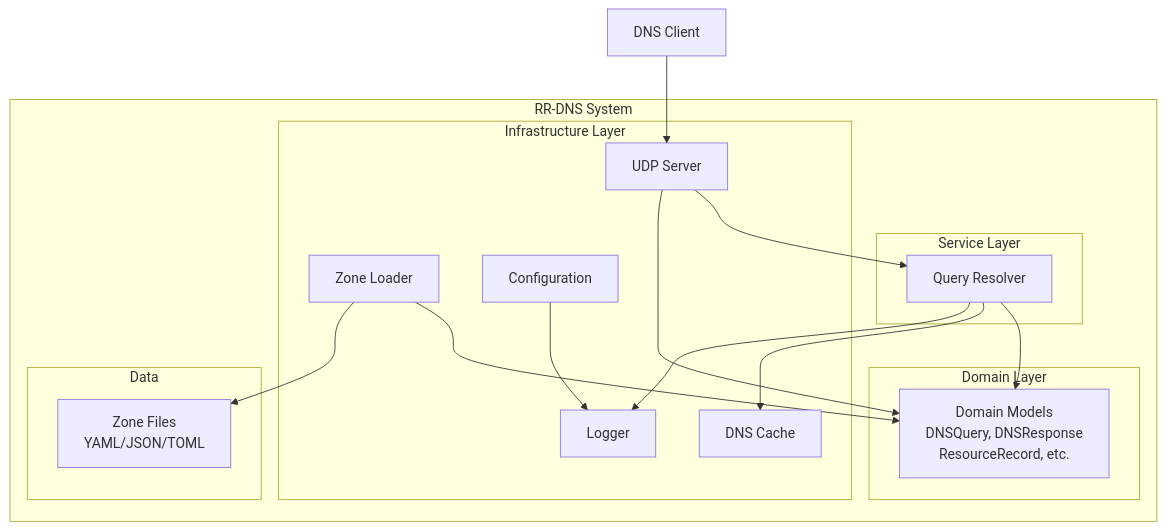
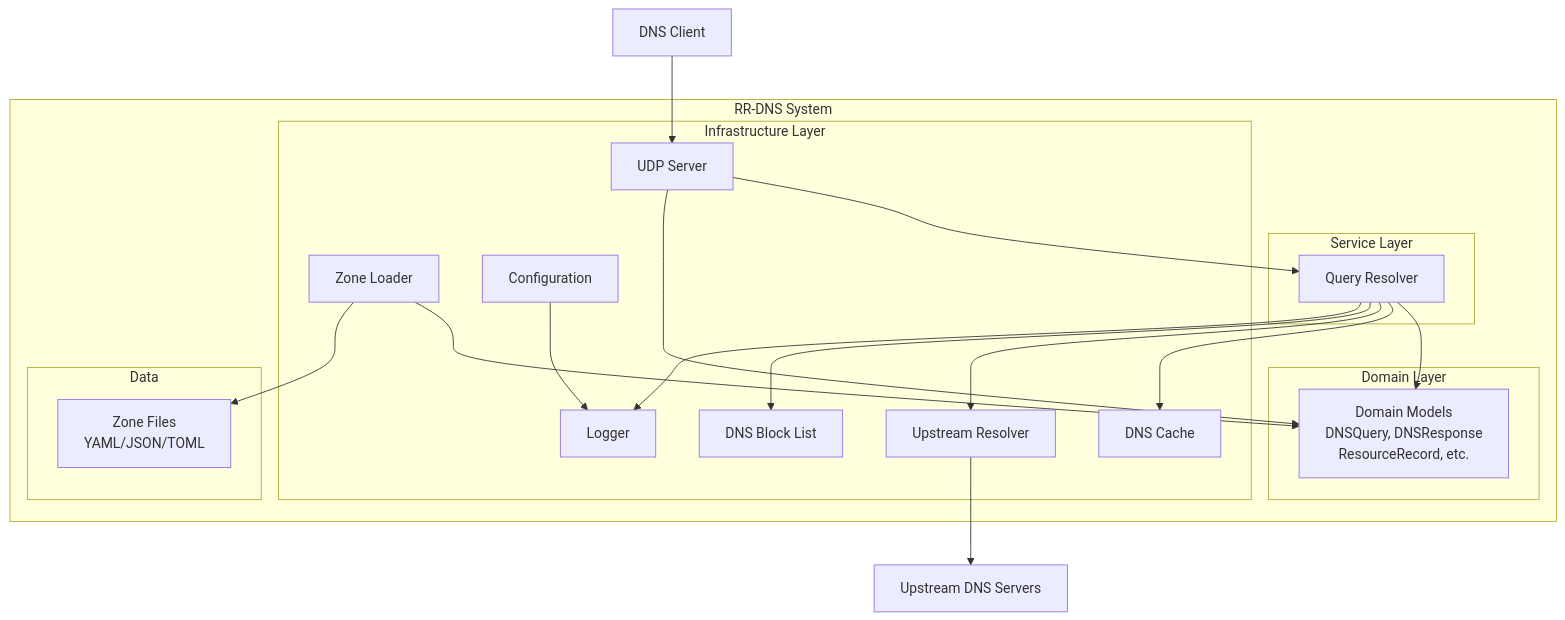
Before and after one commit to haukened/rr-dns: the fourth of 9 diagrams in docs/arc42.md, drawn with Mermaid. The commit also changed other lines of this file, not shown here.

Commit message:
enhance documentation: update arc42.md to include DNS block list and upstream resolver details

````diff
--- a/docs/arc42.md
+++ b/docs/arc42.md
@@ -86,34 +108,39 @@
 ```mermaid
 graph TD
     subgraph "RR-DNS System"
         subgraph "Domain Layer"
             Domain[Domain Models<br/>DNSQuery, DNSResponse<br/>ResourceRecord, etc.]
         end
         
         subgraph "Service Layer"
             Resolver[Query Resolver]
         end
         
         subgraph "Infrastructure Layer"
             UDPServer[UDP Server]
             ZoneLoader[Zone Loader]
             DNSCache[DNS Cache]
+            UpstreamResolver[Upstream Resolver]
+            BlockList[DNS Block List]
             Logger[Logger]
             Config[Configuration]
         end
         
         subgraph "Data"
             ZoneFiles[Zone Files<br/>YAML/JSON/TOML]
         end
     end
     
     Client[DNS Client] --> UDPServer
     UDPServer --> Resolver
     Resolver --> Domain
     Resolver --> DNSCache
+    Resolver --> UpstreamResolver
+    Resolver --> BlockList
     Resolver --> Logger
     ZoneLoader --> Domain
     ZoneLoader --> ZoneFiles
+    UpstreamResolver --> Internet[Upstream DNS Servers]
     Config --> Logger
     UDPServer --> Domain
 ```
````
